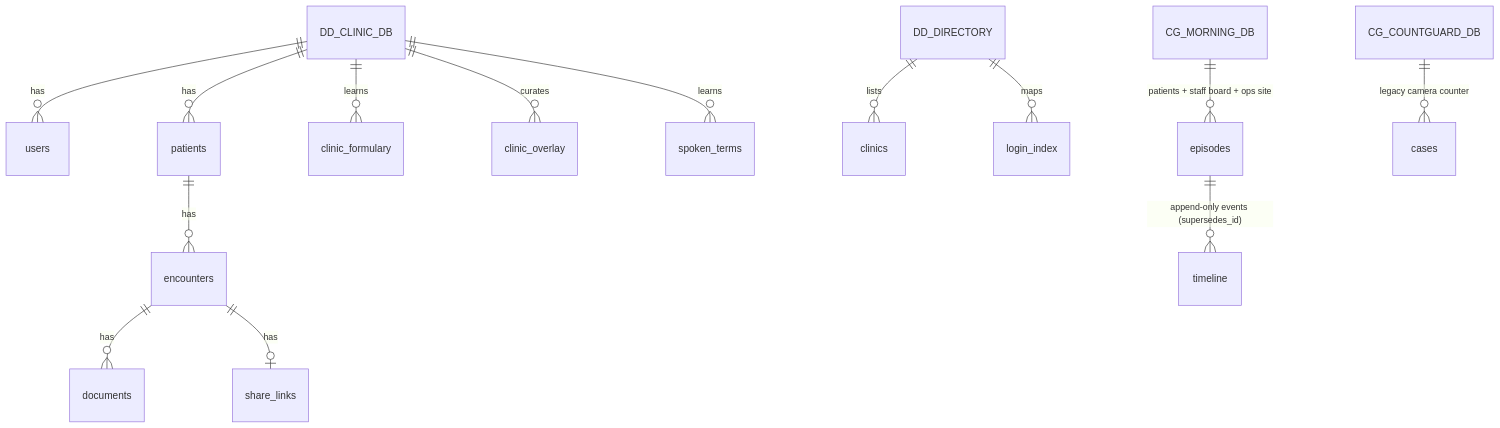
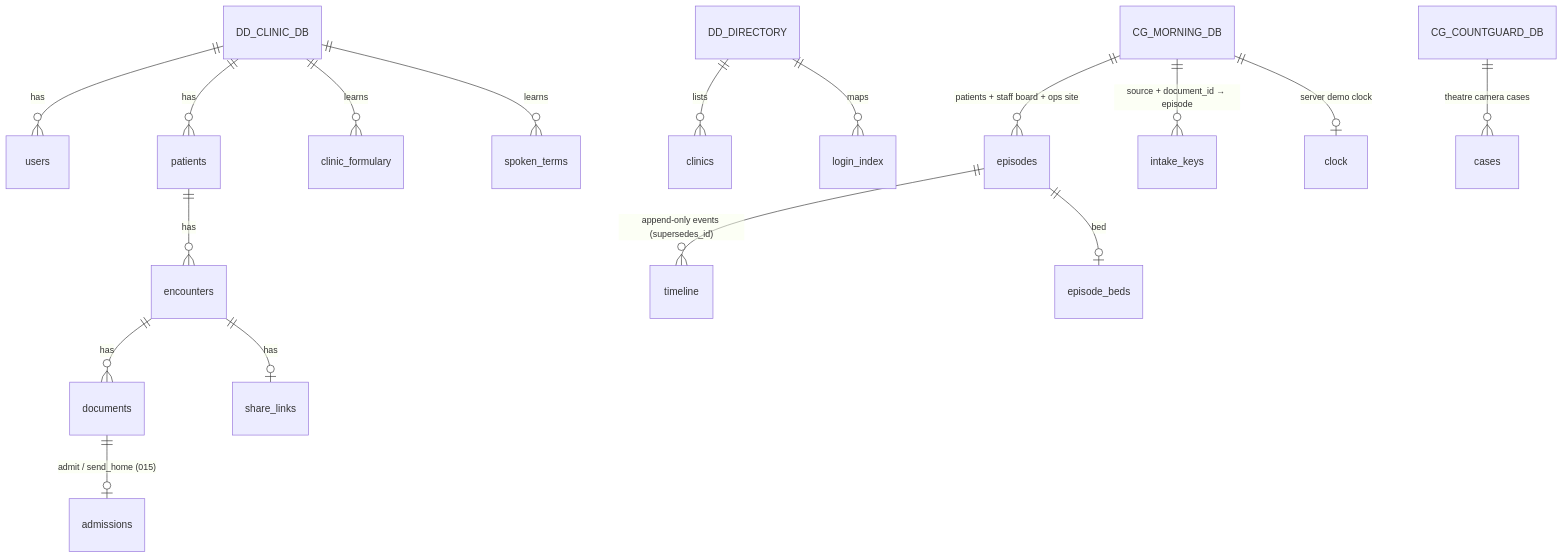
One commit to lvnpred/hackathon26-proof changed the ninth of 12 diagrams in docs/product-overview/ARCHITECTURE_OVERVIEW.md. Above: the diagram before and after it, drawn with Mermaid. The commit also changed other lines of this file and 10 other files, not shown here.

````diff
--- a/docs/product-overview/ARCHITECTURE_OVERVIEW.md
+++ b/docs/product-overview/ARCHITECTURE_OVERVIEW.md
@@ -168,16 +199,19 @@
 ```mermaid
 erDiagram
   DD_CLINIC_DB ||--o{ users : has
   DD_CLINIC_DB ||--o{ patients : has
   patients ||--o{ encounters : has
   encounters ||--o{ documents : has
+  documents ||--o| admissions : "admit / send_home (015)"
   encounters ||--o| share_links : has
   DD_CLINIC_DB ||--o{ clinic_formulary : learns
-  DD_CLINIC_DB ||--o{ clinic_overlay : curates
   DD_CLINIC_DB ||--o{ spoken_terms : learns
   DD_DIRECTORY ||--o{ clinics : lists
   DD_DIRECTORY ||--o{ login_index : maps
   CG_MORNING_DB ||--o{ episodes : "patients + staff board + ops site"
   episodes ||--o{ timeline : "append-only events (supersedes_id)"
-  CG_COUNTGUARD_DB ||--o{ cases : "legacy camera counter"
+  episodes ||--o| episode_beds : bed
+  CG_MORNING_DB ||--o{ intake_keys : "source + document_id → episode"
+  CG_MORNING_DB ||--o| clock : "server demo clock"
+  CG_COUNTGUARD_DB ||--o{ cases : "theatre camera cases"
 ```
````
